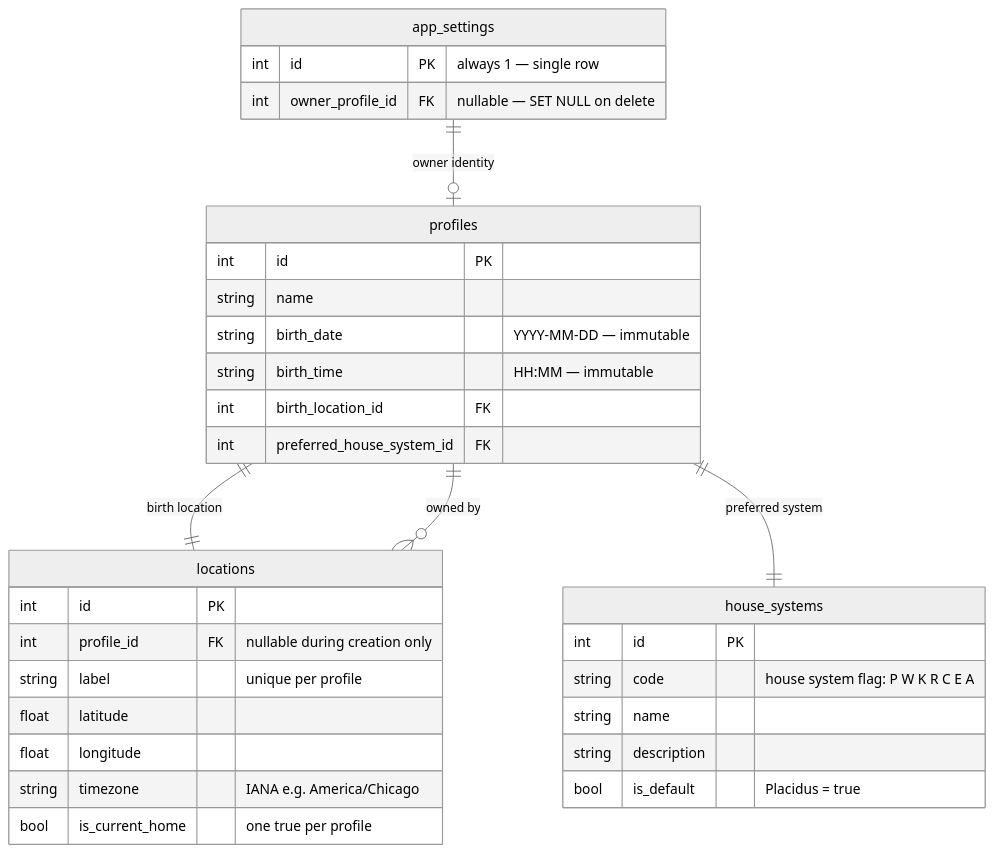
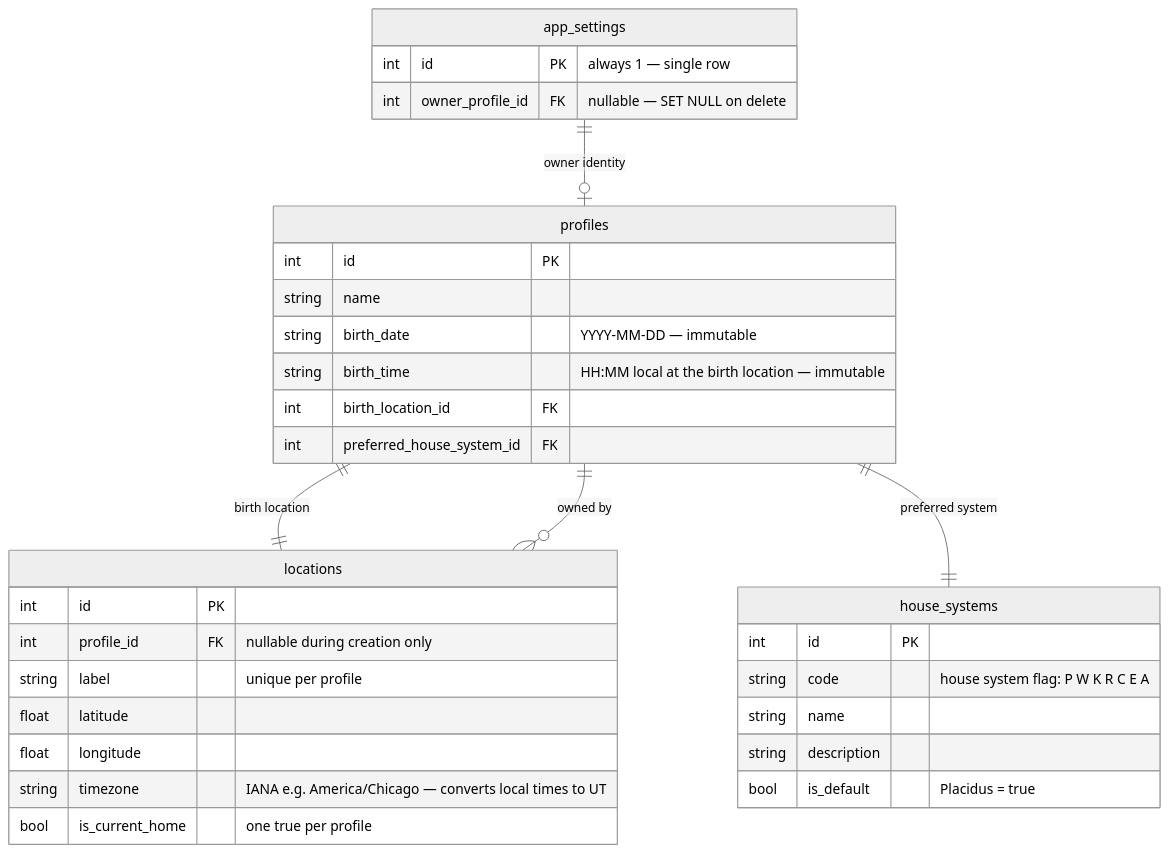
Before and after one commit to w8s/w8s-astro-mcp: the second of 6 diagrams in docs/DATABASE_SCHEMA.md, drawn with Mermaid (neutral theme). The commit also changed other lines of this file and 18 other files, not shown here.

````diff
--- a/docs/DATABASE_SCHEMA.md
+++ b/docs/DATABASE_SCHEMA.md
@@ -205,36 +205,36 @@
 ```mermaid
 erDiagram
     app_settings {
         int id PK "always 1 — single row"
         int owner_profile_id FK "nullable — SET NULL on delete"
     }
     house_systems {
         int id PK
         string code "house system flag: P W K R C E A"
         string name
         string description
         bool is_default "Placidus = true"
     }
     locations {
         int id PK
         int profile_id FK "nullable during creation only"
         string label "unique per profile"
         float latitude
         float longitude
-        string timezone "IANA e.g. America/Chicago"
+        string timezone "IANA e.g. America/Chicago — converts local times to UT"
         bool is_current_home "one true per profile"
     }
     profiles {
         int id PK
         string name
         string birth_date "YYYY-MM-DD — immutable"
-        string birth_time "HH:MM — immutable"
+        string birth_time "HH:MM local at the birth location — immutable"
         int birth_location_id FK
         int preferred_house_system_id FK
     }
 
     app_settings ||--o| profiles : "owner identity"
     profiles ||--|| locations : "birth location"
     profiles ||--|| house_systems : "preferred system"
     locations }o--|| profiles : "owned by"
 ```
````
